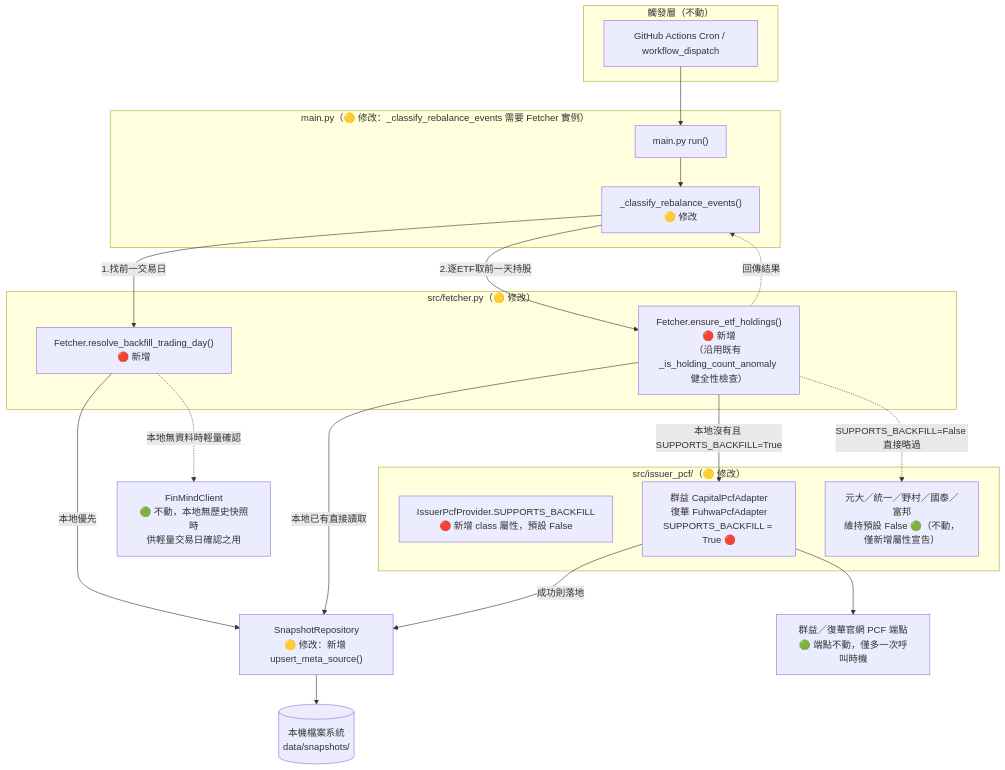
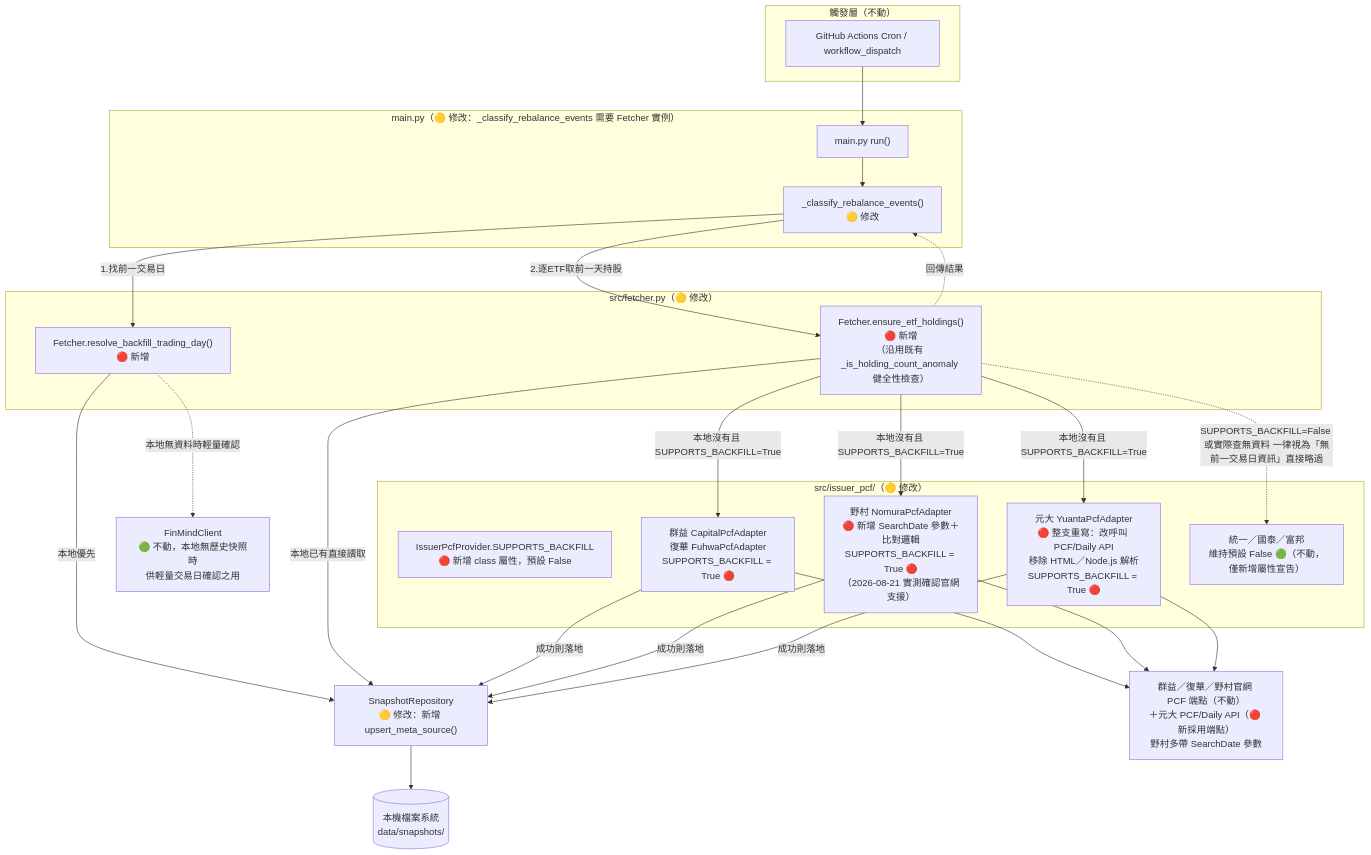
The first of 3 diagrams in docs/design/architecture/SD-ETF換倉歷史日期回補機制-系統設計書.md (r41nCh14n9/FinanceTracker), drawn with Mermaid before and after one commit. The commit also changed other lines of this file and 27 other files, not shown here.

Commit message:
fix YuantaPcfAdapter

````diff
--- a/docs/design/architecture/SD-ETF換倉歷史日期回補機制-系統設計書.md
+++ b/docs/design/architecture/SD-ETF換倉歷史日期回補機制-系統設計書.md
@@ -95,41 +137,49 @@
 ```mermaid
 flowchart TD
     subgraph Trigger["觸發層（不動）"]
         CRON["GitHub Actions Cron / workflow_dispatch"]
     end
 
     subgraph Runner["main.py（🟡 修改：_classify_rebalance_events 需要 Fetcher 實例）"]
         ENTRY["main.py run()"]
         CLASSIFY["_classify_rebalance_events()\n🟡 修改"]
     end
 
     subgraph FetcherPkg["src/fetcher.py（🟡 修改）"]
         RESOLVE["Fetcher.resolve_backfill_trading_day()\n🔴 新增"]
         ENSURE["Fetcher.ensure_etf_holdings()\n🔴 新增\n（沿用既有 _is_holding_count_anomaly 健全性檢查）"]
     end
 
     subgraph IssuerPkg["src/issuer_pcf/（🟡 修改）"]
         BASE["IssuerPcfProvider.SUPPORTS_BACKFILL\n🔴 新增 class 屬性，預設 False"]
         SAFE["群益 CapitalPcfAdapter\n復華 FuhwaPcfAdapter\nSUPPORTS_BACKFILL = True 🔴"]
-        UNSAFE["元大／統一／野村／國泰／富邦\n維持預設 False 🟢（不動，僅新增屬性宣告）"]
+        NOMURA["野村 NomuraPcfAdapter\n🔴 新增 SearchDate 參數＋比對邏輯\nSUPPORTS_BACKFILL = True 🔴\n（2026-08-21 實測確認官網支援）"]
+        YUANTA["元大 YuantaPcfAdapter\n🔴 整支重寫：改呼叫 PCF/Daily API\n移除 HTML／Node.js 解析\nSUPPORTS_BACKFILL = True 🔴"]
+        UNSAFE["統一／國泰／富邦\n維持預設 False 🟢（不動，僅新增屬性宣告）"]
     end
 
     STORE["SnapshotRepository\n🟡 修改：新增 upsert_meta_source()"]
     FINMIND["FinMindClient\n🟢 不動，本地無歷史快照時\n供輕量交易日確認之用"]
     FS[("本機檔案系統\ndata/snapshots/")]
-    SITES["群益／復華官網 PCF 端點\n🟢 端點不動，僅多一次呼叫時機"]
+    SITES["群益／復華／野村官網 PCF 端點（不動）\n＋元大 PCF/Daily API（🔴 新採用端點）\n野村多帶 SearchDate 參數"]
 
     CRON --> ENTRY
     ENTRY --> CLASSIFY
     CLASSIFY -->|1.找前一交易日| RESOLVE
     RESOLVE -->|本地優先| STORE
     RESOLVE -.本地無資料時輕量確認.-> FINMIND
     CLASSIFY -->|2.逐ETF取前一天持股| ENSURE
     ENSURE -->|本地已有直接讀取| STORE
     ENSURE -->|本地沒有且 SUPPORTS_BACKFILL=True| SAFE
-    ENSURE -.SUPPORTS_BACKFILL=False 直接略過.-> UNSAFE
+    ENSURE -->|本地沒有且 SUPPORTS_BACKFILL=True| NOMURA
+    ENSURE -->|本地沒有且 SUPPORTS_BACKFILL=True| YUANTA
+    ENSURE -.SUPPORTS_BACKFILL=False 或實際查無資料 一律視為「無前一交易日資訊」直接略過.-> UNSAFE
     SAFE --> SITES
+    NOMURA --> SITES
+    YUANTA --> SITES
     SAFE -->|成功則落地| STORE
+    NOMURA -->|成功則落地| STORE
+    YUANTA -->|成功則落地| STORE
     STORE --> FS
     ENSURE -.回傳結果.-> CLASSIFY
 ```
````
